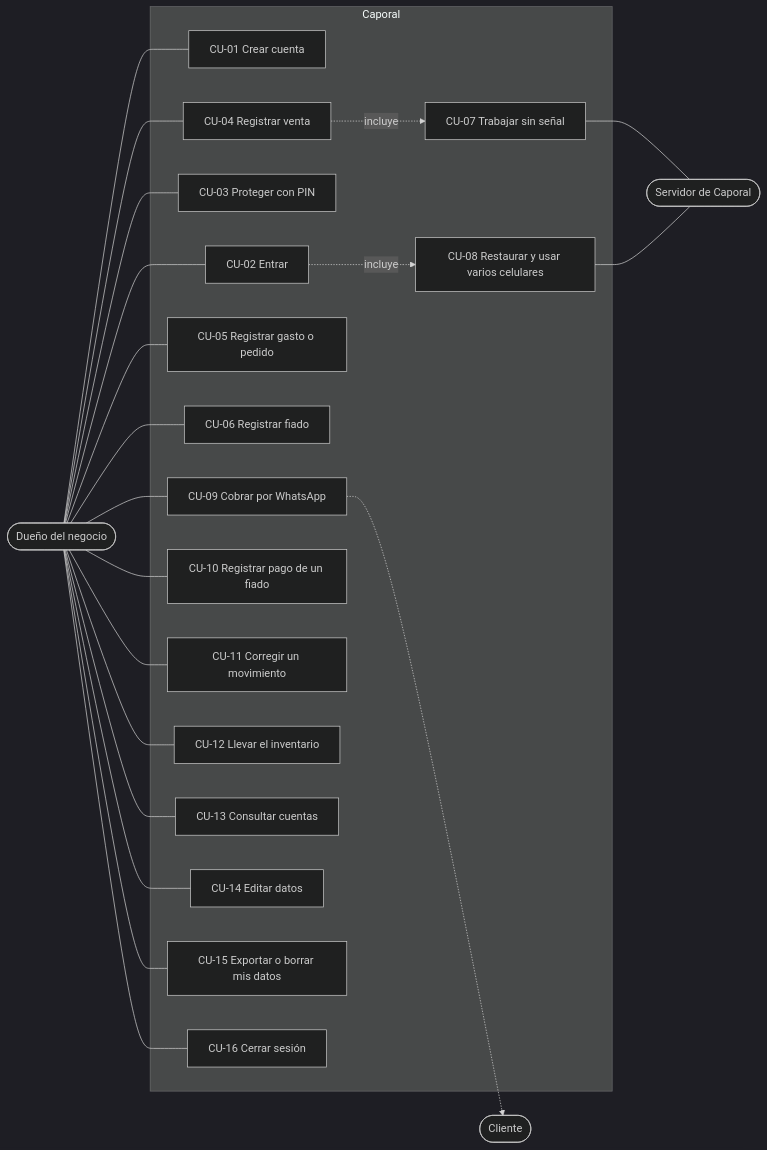
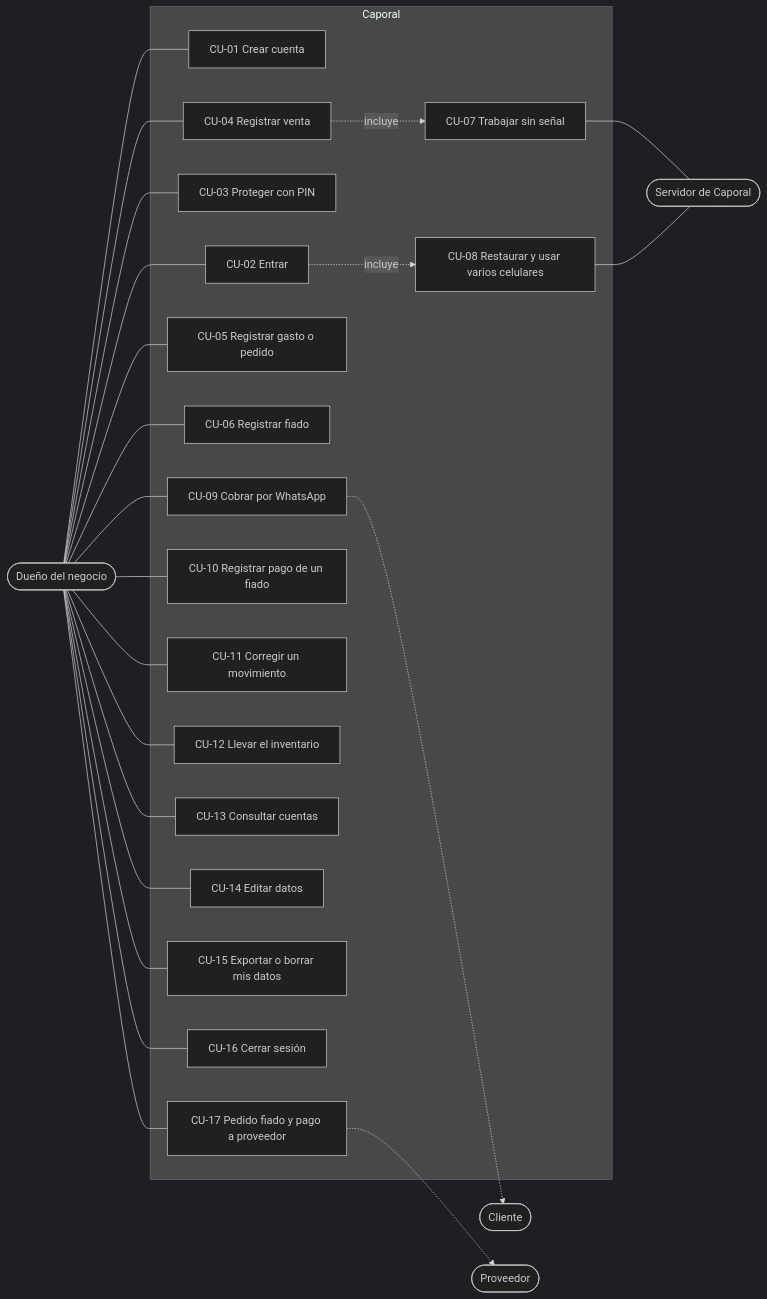
The diagram in documentacion/03-casos-de-uso.md (ricardomb-tech/caporal), drawn with Mermaid (dark theme) before and after one commit. The commit also changed other lines of this file and 36 other files, not shown here.

First line of the commit message:
Proveedores (pedido fiado y Le debo), app adaptada por tipo de negocio y checkpoint

````diff
--- a/documentacion/03-casos-de-uso.md
+++ b/documentacion/03-casos-de-uso.md
@@ -3,30 +3,33 @@
 ```mermaid
 flowchart LR
     D(["Dueño del negocio"])
     C(["Cliente"])
     S(["Servidor de Caporal"])
     subgraph Caporal
         CU01["CU-01 Crear cuenta"]
         CU02["CU-02 Entrar"]
         CU03["CU-03 Proteger con PIN"]
         CU04["CU-04 Registrar venta"]
         CU05["CU-05 Registrar gasto o pedido"]
         CU06["CU-06 Registrar fiado"]
         CU07["CU-07 Trabajar sin señal"]
         CU08["CU-08 Restaurar y usar varios celulares"]
         CU09["CU-09 Cobrar por WhatsApp"]
         CU10["CU-10 Registrar pago de un fiado"]
         CU11["CU-11 Corregir un movimiento"]
         CU12["CU-12 Llevar el inventario"]
         CU13["CU-13 Consultar cuentas"]
         CU14["CU-14 Editar datos"]
         CU15["CU-15 Exportar o borrar mis datos"]
         CU16["CU-16 Cerrar sesión"]
+        CU17["CU-17 Pedido fiado y pago a proveedor"]
     end
-    D --- CU01 & CU02 & CU03 & CU04 & CU05 & CU06 & CU09 & CU10 & CU11 & CU12 & CU13 & CU14 & CU15 & CU16
+    P(["Proveedor"])
+    D --- CU01 & CU02 & CU03 & CU04 & CU05 & CU06 & CU09 & CU10 & CU11 & CU12 & CU13 & CU14 & CU15 & CU16 & CU17
     CU09 -.-> C
+    CU17 -.-> P
     CU07 --- S
     CU08 --- S
     CU04 -.->|incluye| CU07
     CU02 -.->|incluye| CU08
 ```
````
